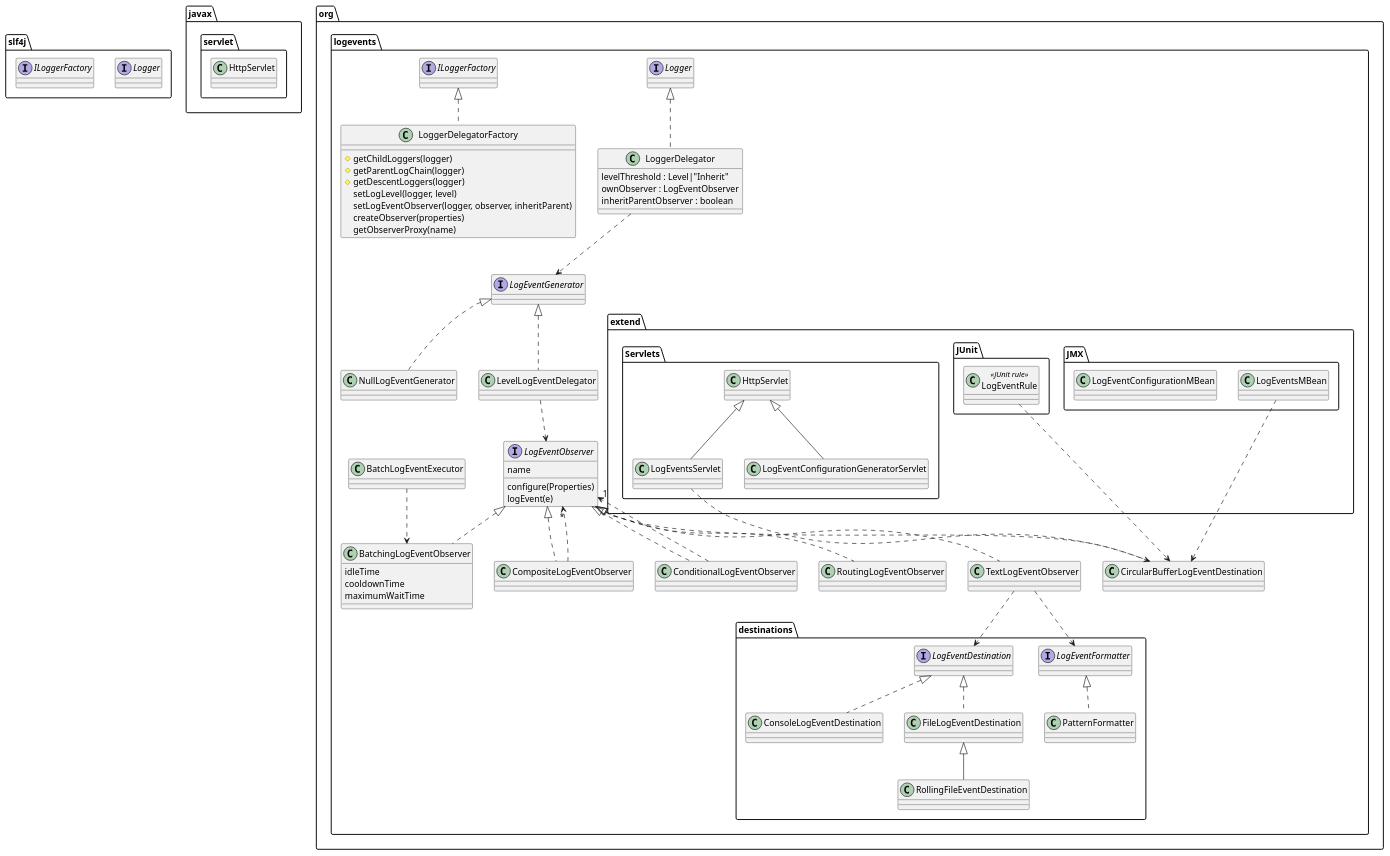
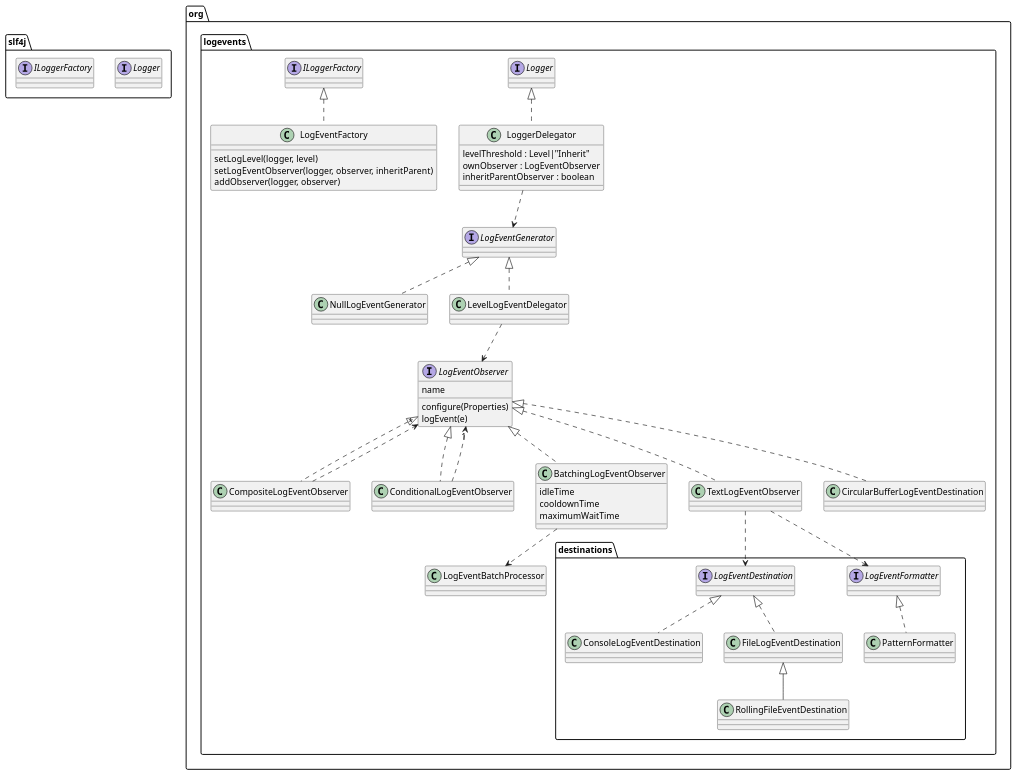
One commit to jhannes/logevents changed the diagram in doc/classes.puml. Above: the diagram before and after it, drawn with PlantUML. The commit also changed 3 other files, not shown here.

```diff
--- a/doc/classes.puml
+++ b/doc/classes.puml
@@ -1,94 +1,66 @@
 @startuml
 
 package "slf4j" {
   interface Logger
   interface ILoggerFactory
 }
-
-package "javax.servlet" {
-  class HttpServlet
-}
-
 
 package "org.logevents" {
 
 	class LoggerDelegator implements Logger {
 	  levelThreshold : Level|"Inherit"
 	  ownObserver : LogEventObserver
 	  inheritParentObserver : boolean
 	}
 	
-	class LoggerDelegatorFactory implements ILoggerFactory {
-	  #getChildLoggers(logger)
-	  #getParentLogChain(logger)
-	  #getDescentLoggers(logger)
+	class LogEventFactory implements ILoggerFactory {
 	  setLogLevel(logger, level)
 	  setLogEventObserver(logger, observer, inheritParent)
-	  createObserver(properties)
-	  getObserverProxy(name)
+	  addObserver(logger, observer)
 	}
 	
 	interface LogEventGenerator
 	LoggerDelegator ..> LogEventGenerator
 	
 	class NullLogEventGenerator implements LogEventGenerator
 	class LevelLogEventDelegator implements LogEventGenerator
 	
 	interface LogEventObserver {
 	  name
 	  configure(Properties)
 	  logEvent(e)
 	}
 	LevelLogEventDelegator ..> LogEventObserver
 	
 	class CompositeLogEventObserver implements LogEventObserver
 	class ConditionalLogEventObserver implements LogEventObserver
-	class RoutingLogEventObserver implements LogEventObserver
 	class BatchingLogEventObserver implements LogEventObserver {
 	  idleTime
 	  cooldownTime
 	  maximumWaitTime
 	}
 	class TextLogEventObserver implements LogEventObserver
 	class CircularBufferLogEventDestination implements LogEventObserver
 	CompositeLogEventObserver ..> "*" LogEventObserver
 	ConditionalLogEventObserver ..> "1" LogEventObserver
 	
 	
 	package "destinations" {
 		interface LogEventFormatter
 		TextLogEventObserver ..> LogEventFormatter
 		class PatternFormatter implements LogEventFormatter
 		
 		interface LogEventDestination
 		TextLogEventObserver ..> LogEventDestination
 
 		class ConsoleLogEventDestination implements LogEventDestination
 		class FileLogEventDestination implements LogEventDestination
 		class RollingFileEventDestination extends FileLogEventDestination
 	}
 	
-	class BatchLogEventExecutor
-	BatchLogEventExecutor ..> BatchingLogEventObserver
+	class LogEventBatchProcessor
+	BatchingLogEventObserver ..> LogEventBatchProcessor
 
-	package "extend" {	
-		package "Servlets" {
-			class LogEventsServlet extends HttpServlet
-			LogEventsServlet ..> CircularBufferLogEventDestination
-			class LogEventConfigurationGeneratorServlet extends HttpServlet
-		}
-		
-		package "JUnit" {
-			class LogEventRule <<JUnit rule>>
-			LogEventRule ..> CircularBufferLogEventDestination
-		}
-		
-		package "JMX" {
-			class LogEventsMBean
-			LogEventsMBean ..> CircularBufferLogEventDestination
-			class LogEventConfigurationMBean
-		}
-	}
 }
 	
 @enduml
```
